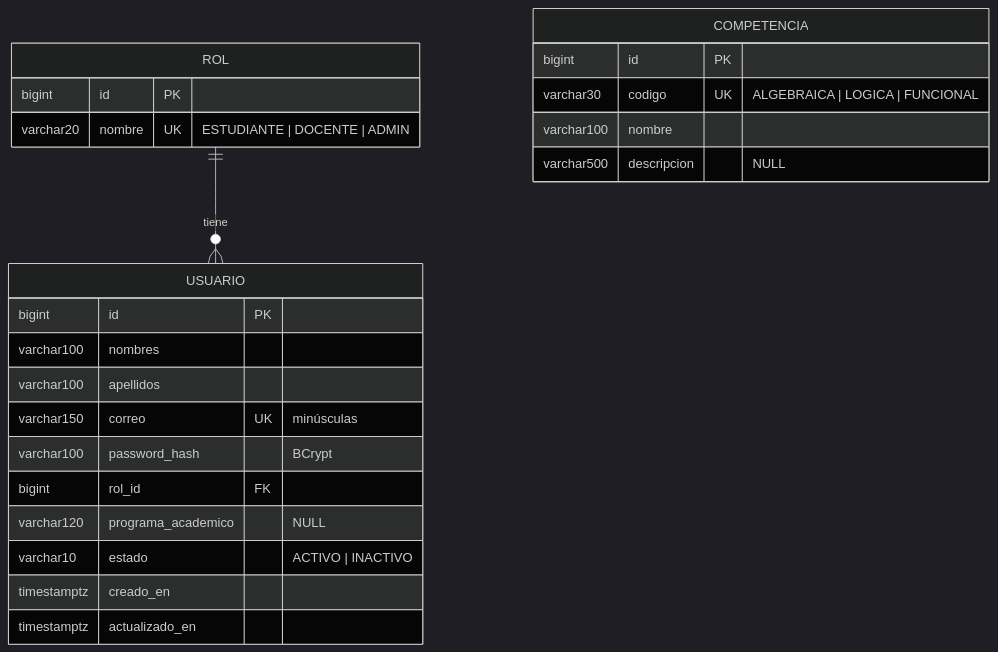
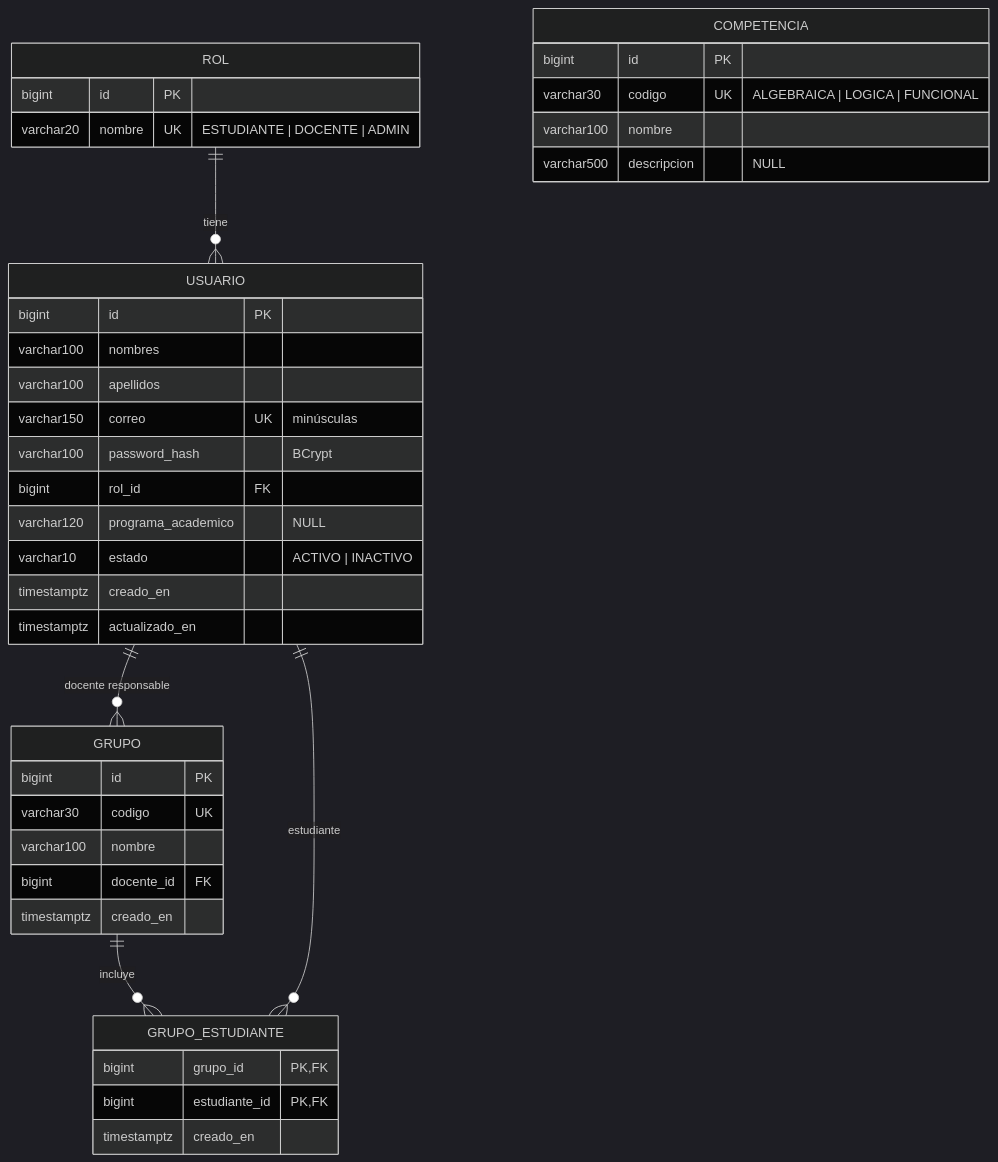
Before and after one commit to graduation-project-Aprendizaje-Usco/backend: the first of 3 diagrams in docs/base-de-datos/modelo-fisico.md, drawn with Mermaid (dark theme). The commit also changed other lines of this file and 15 other files, not shown here.

Commit message:
feat(grupos): modelar grupos y asociación docente-estudiante

````diff
--- a/docs/base-de-datos/modelo-fisico.md
+++ b/docs/base-de-datos/modelo-fisico.md
@@ -16,26 +17,41 @@
 ```mermaid
 erDiagram
     ROL ||--o{ USUARIO : "tiene"
+    USUARIO ||--o{ GRUPO : "docente responsable"
+    GRUPO ||--o{ GRUPO_ESTUDIANTE : "incluye"
+    USUARIO ||--o{ GRUPO_ESTUDIANTE : "estudiante"
     ROL {
         bigint id PK
         varchar20 nombre UK "ESTUDIANTE | DOCENTE | ADMIN"
     }
     USUARIO {
         bigint id PK
         varchar100 nombres
         varchar100 apellidos
         varchar150 correo UK "minúsculas"
         varchar100 password_hash "BCrypt"
         bigint rol_id FK
         varchar120 programa_academico "NULL"
         varchar10 estado "ACTIVO | INACTIVO"
         timestamptz creado_en
         timestamptz actualizado_en
     }
     COMPETENCIA {
         bigint id PK
         varchar30 codigo UK "ALGEBRAICA | LOGICA | FUNCIONAL"
         varchar100 nombre
         varchar500 descripcion "NULL"
     }
+    GRUPO {
+        bigint id PK
+        varchar30 codigo UK
+        varchar100 nombre
+        bigint docente_id FK
+        timestamptz creado_en
+    }
+    GRUPO_ESTUDIANTE {
+        bigint grupo_id PK,FK
+        bigint estudiante_id PK,FK
+        timestamptz creado_en
+    }
 ```
````
